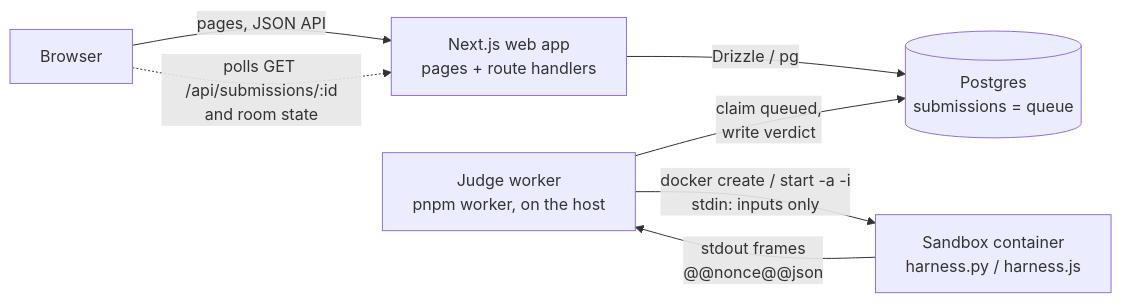
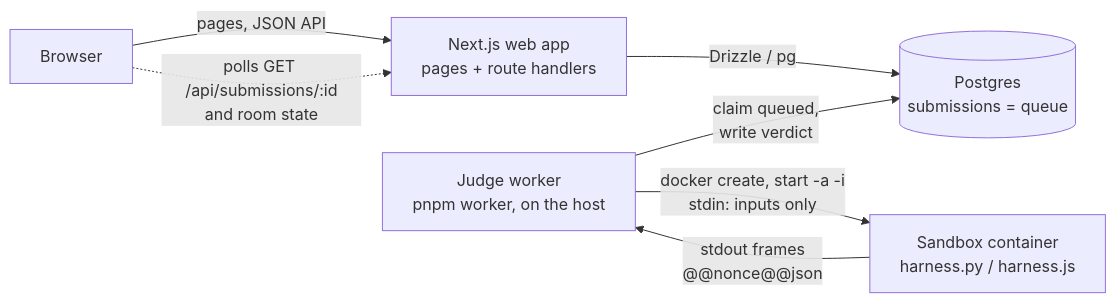
Before and after one commit to vladmswe/LemmaYard: the diagram in README.md, drawn with Mermaid. The commit also changed other lines of this file, not shown here.

Commit message:
README: quote mermaid labels, keep marker on the naming note

````diff
--- a/README.md
+++ b/README.md
@@ -92,9 +92,9 @@
 ```mermaid
 flowchart LR
-  B[Browser] -- pages, JSON API --> W[Next.js web app<br/>pages + route handlers]
-  W -- Drizzle / pg --> DB[(Postgres<br/>submissions = queue)]
-  K[Judge worker<br/>pnpm worker, on the host] -- claim queued,<br/>write verdict --> DB
-  K -- docker create / start -a -i<br/>stdin: inputs only --> S[Sandbox container<br/>harness.py / harness.js]
-  S -- stdout frames<br/>@@nonce@@json --> K
-  B -. polls GET /api/submissions/:id<br/>and room state .-> W
+  B["Browser"] -- "pages, JSON API" --> W["Next.js web app<br/>pages + route handlers"]
+  W -- "Drizzle / pg" --> DB[("Postgres<br/>submissions = queue")]
+  K["Judge worker<br/>pnpm worker, on the host"] -- "claim queued,<br/>write verdict" --> DB
+  K -- "docker create, start -a -i<br/>stdin: inputs only" --> S["Sandbox container<br/>harness.py / harness.js"]
+  S -- "stdout frames<br/>@@nonce@@json" --> K
+  B -. "polls GET /api/submissions/:id<br/>and room state" .-> W
 ```
````
